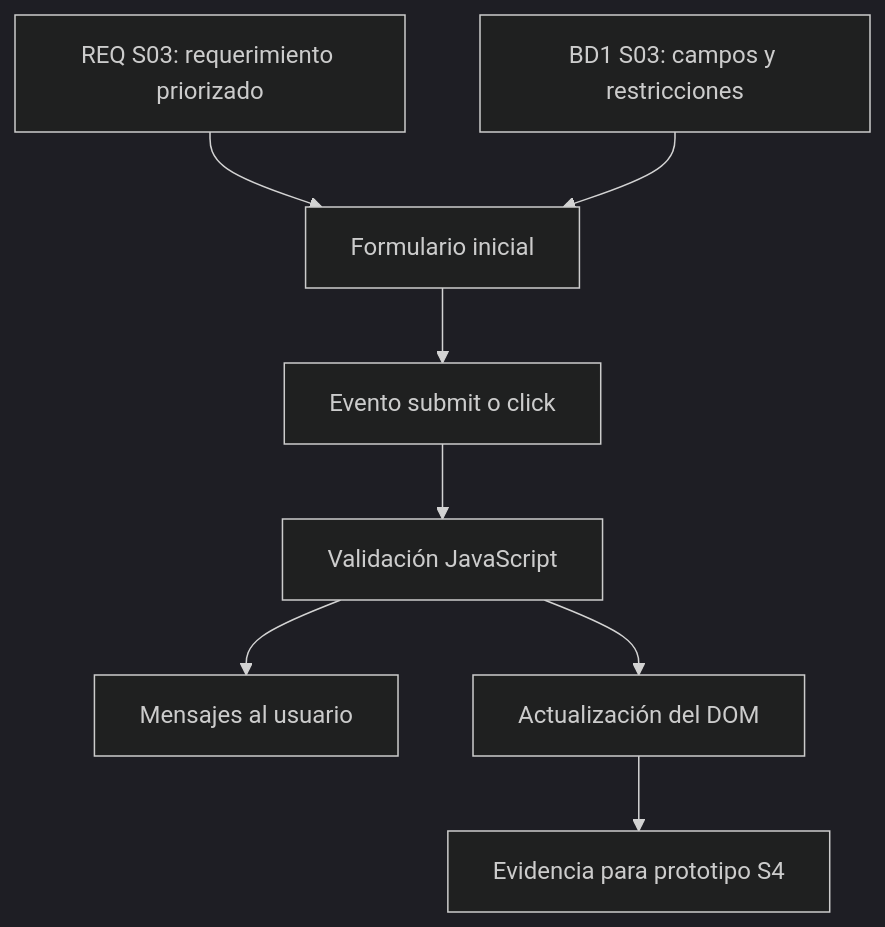
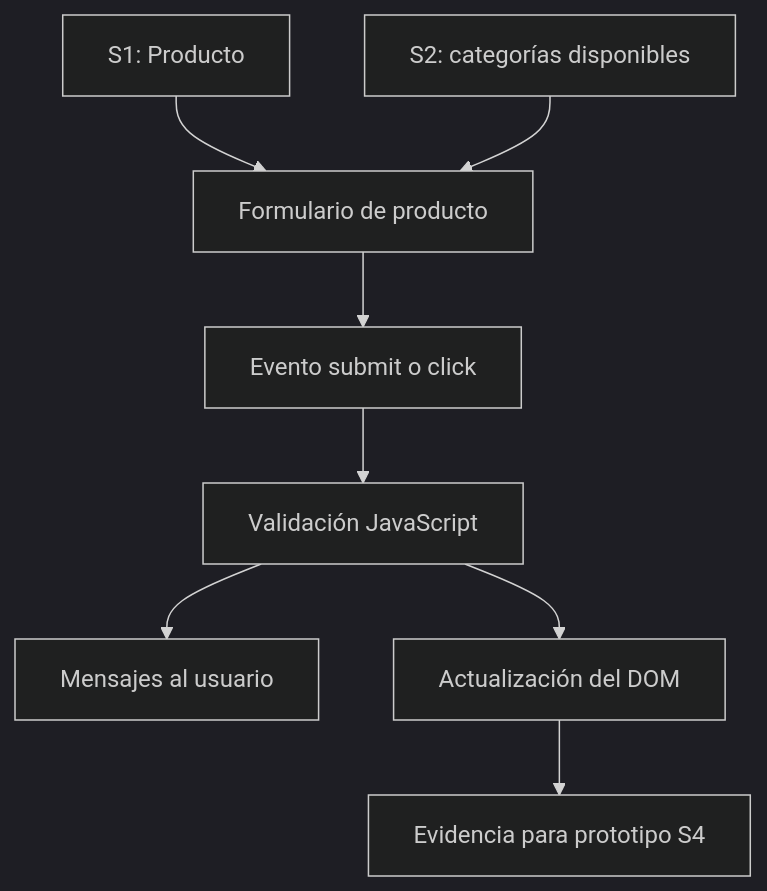
One commit to 262ciclo3/bomstart changed the second of 2 diagrams in docs/lp1/sesiones/S03_JavaScript_DOM_Validacion.md. Above: the diagram before and after it, drawn with Mermaid (dark theme). The commit also changed other lines of this file and 14 other files, not shown here.

````diff
--- a/docs/lp1/sesiones/S03_JavaScript_DOM_Validacion.md
+++ b/docs/lp1/sesiones/S03_JavaScript_DOM_Validacion.md
@@ -93,10 +93,10 @@
 ```mermaid
 flowchart TB
-    A[REQ S03: requerimiento priorizado] --> B[Formulario inicial]
-    C[BD1 S03: campos y restricciones] --> B
+    A[S1: Producto] --> B[Formulario de producto]
+    C[S2: categorías disponibles] --> B
     B --> D[Evento submit o click]
     D --> E[Validación JavaScript]
     E --> F[Mensajes al usuario]
     E --> G[Actualización del DOM]
     G --> H[Evidencia para prototipo S4]
 ```
````
